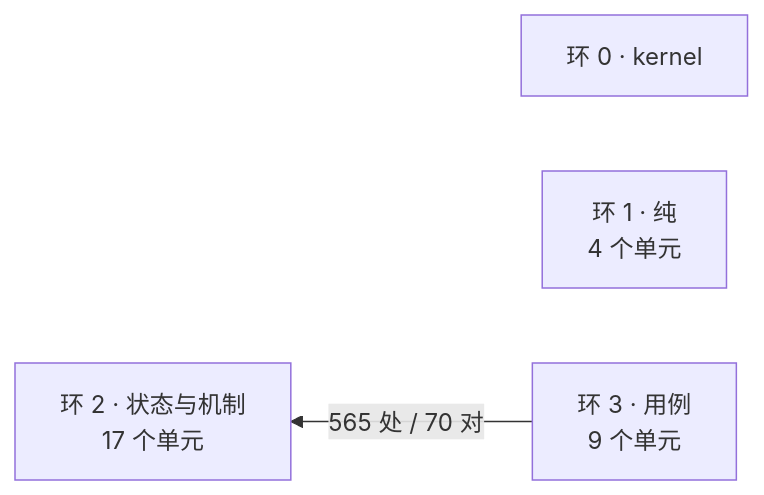
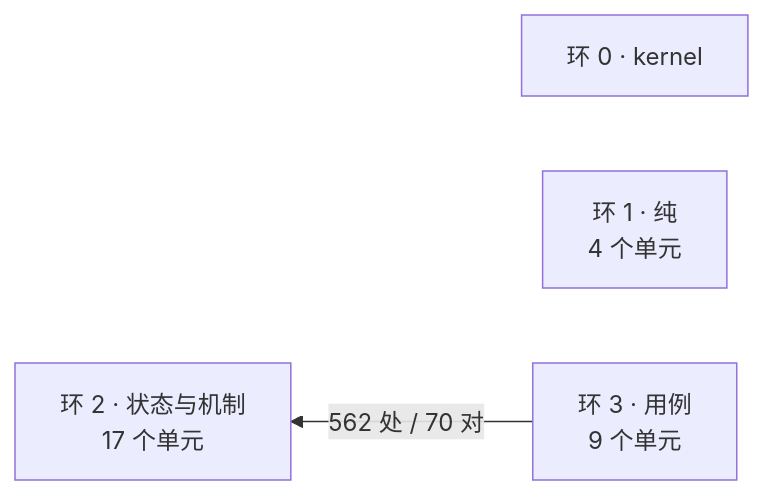
One commit to theRMM714/Solomni changed the diagram in docs/architecture/dependency-map.md. Above: the diagram before and after it, drawn with Mermaid. The commit also changed other lines of this file and 37 other files, not shown here.

````diff
--- a/docs/architecture/dependency-map.md
+++ b/docs/architecture/dependency-map.md
@@ -14,8 +14,8 @@
 ```mermaid
 flowchart RL
   R0["环 0 · kernel"]
   R1["环 1 · 纯<br/>4 个单元"]
   R2["环 2 · 状态与机制<br/>17 个单元"]
   R3["环 3 · 用例<br/>9 个单元"]
-  R3 -->|"565 处 / 70 对"| R2
+  R3 -->|"562 处 / 70 对"| R2
 ```
````
